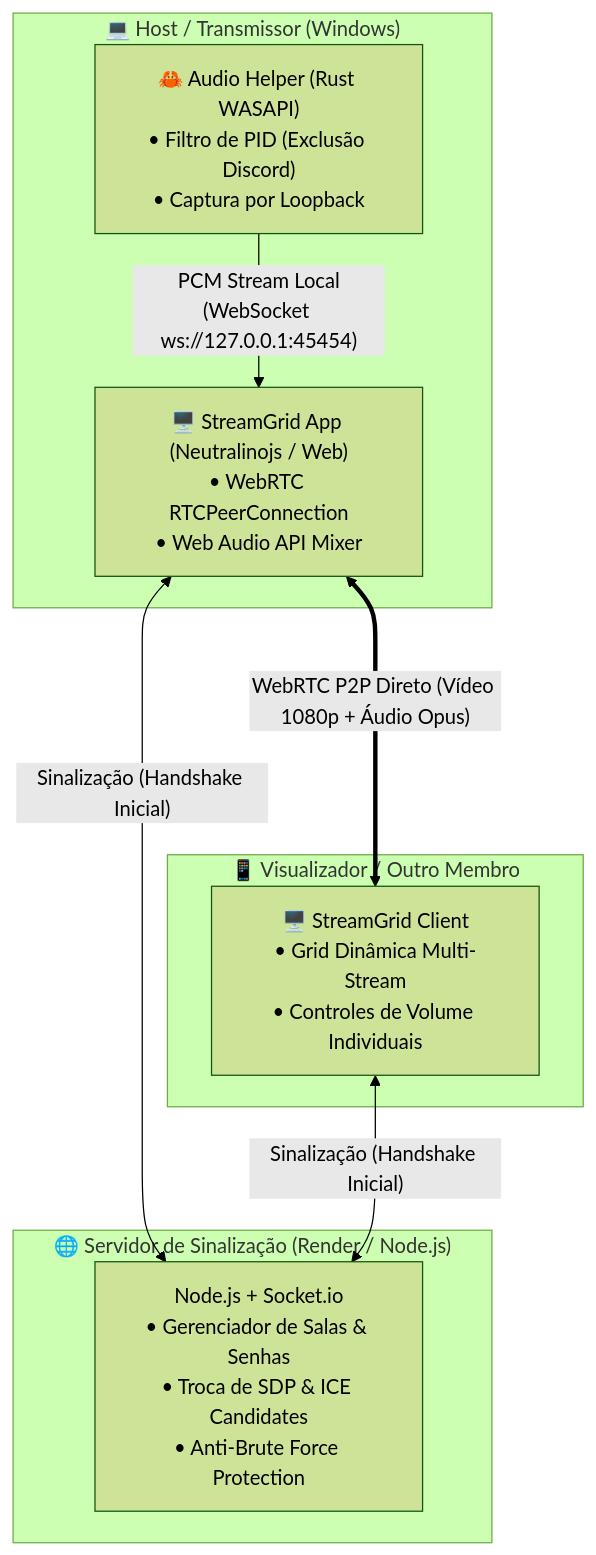
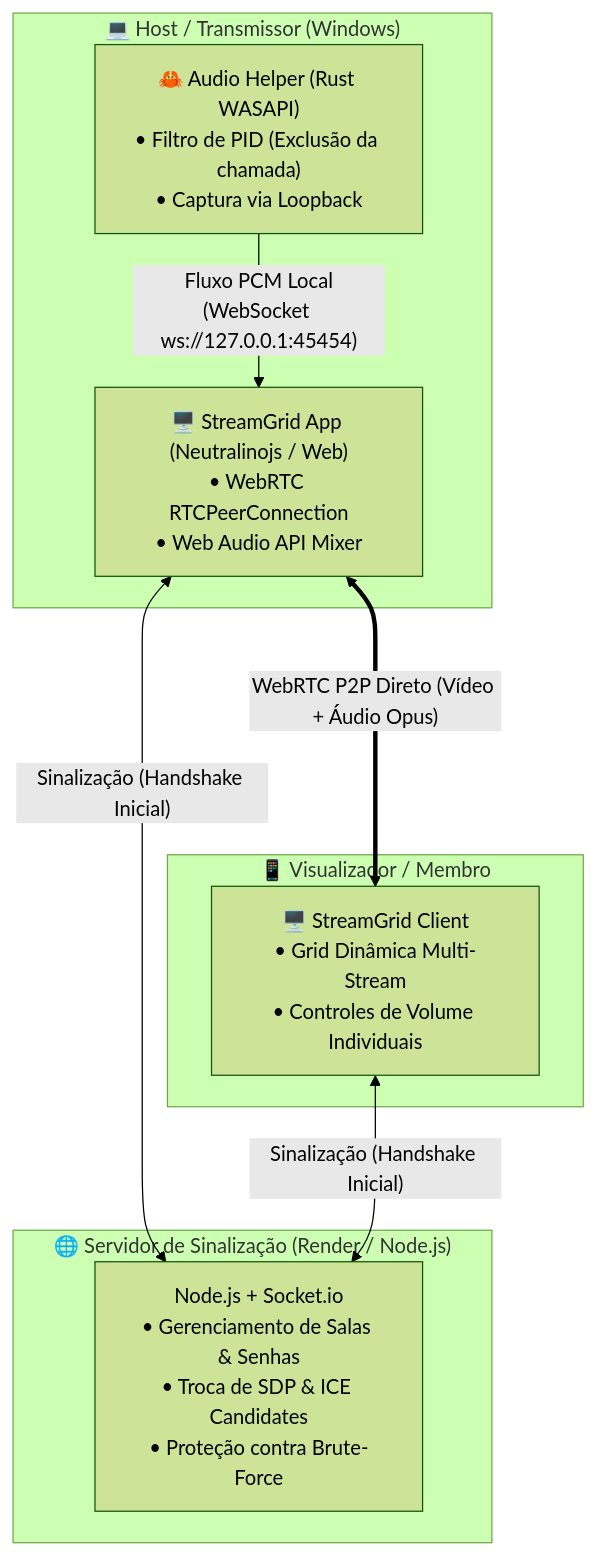
The diagram in README.md (Pedrosasouza/screenshare-p2p), drawn with Mermaid (forest theme) before and after one commit. The commit also changed other lines of this file and 1 other file, not shown here.

Commit message:
docs: calibrate README tone, refine SDP explanation, and add visual demo slot

````diff
--- a/README.md
+++ b/README.md
@@ -82,21 +92,21 @@
 ```mermaid
 flowchart TD
     subgraph Host["💻 Host / Transmissor (Windows)"]
-        WASAPI["🦀 Audio Helper (Rust WASAPI)\n• Filtro de PID (Exclusão Discord)\n• Captura por Loopback"]
+        WASAPI["🦀 Audio Helper (Rust WASAPI)\n• Filtro de PID (Exclusão da chamada)\n• Captura via Loopback"]
         DesktopApp["🖥️ StreamGrid App (Neutralinojs / Web)\n• WebRTC RTCPeerConnection\n• Web Audio API Mixer"]
-        WASAPI -- "PCM Stream Local\n(WebSocket ws://127.0.0.1:45454)" --> DesktopApp
+        WASAPI -- "Fluxo PCM Local\n(WebSocket ws://127.0.0.1:45454)" --> DesktopApp
     end
 
     subgraph Signaling["🌐 Servidor de Sinalização (Render / Node.js)"]
-        Server["Node.js + Socket.io\n• Gerenciador de Salas & Senhas\n• Troca de SDP & ICE Candidates\n• Anti-Brute Force Protection"]
+        Server["Node.js + Socket.io\n• Gerenciamento de Salas & Senhas\n• Troca de SDP & ICE Candidates\n• Proteção contra Brute-Force"]
     end
 
-    subgraph Peer["📱 Visualizador / Outro Membro"]
+    subgraph Peer["📱 Visualizador / Membro"]
         PeerApp["🖥️ StreamGrid Client\n• Grid Dinâmica Multi-Stream\n• Controles de Volume Individuais"]
     end
 
     DesktopApp <-->|"Sinalização (Handshake Inicial)"| Server
     PeerApp <-->|"Sinalização (Handshake Inicial)"| Server
 
-    DesktopApp <===>|"WebRTC P2P Direto (Vídeo 1080p + Áudio Opus)"| PeerApp
+    DesktopApp <===>|"WebRTC P2P Direto (Vídeo + Áudio Opus)"| PeerApp
 ```
````
